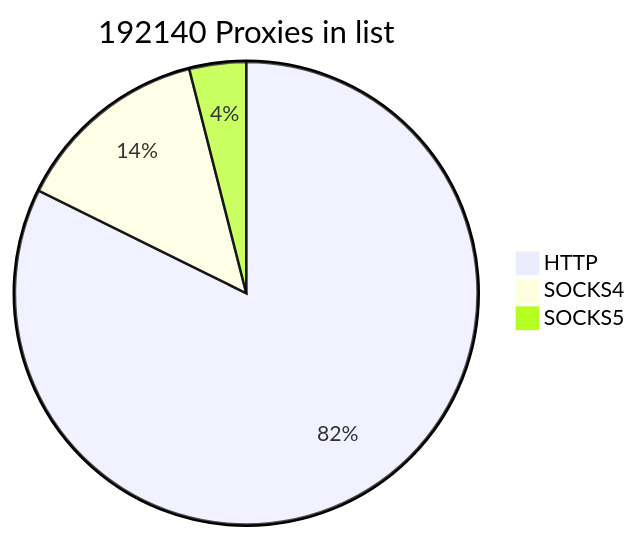
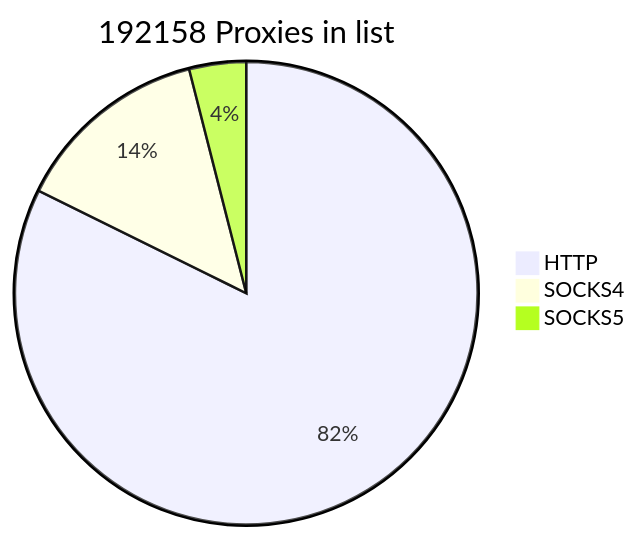
Before and after one commit to cutipu/proxylist: the first of 2 diagrams in README.md, drawn with Mermaid. The commit also changed other lines of this file, not shown here.

````diff
--- a/README.md
+++ b/README.md
@@ -2,7 +2,7 @@
 ```mermaid
-pie title 192140 Proxies in list
-    "HTTP" : 158141
-    "SOCKS4" : 26381
-    "SOCKS5" : 7618
+pie title 192158 Proxies in list
+    "HTTP" : 158142
+    "SOCKS4" : 26378
+    "SOCKS5" : 7638
             
 ```
````
